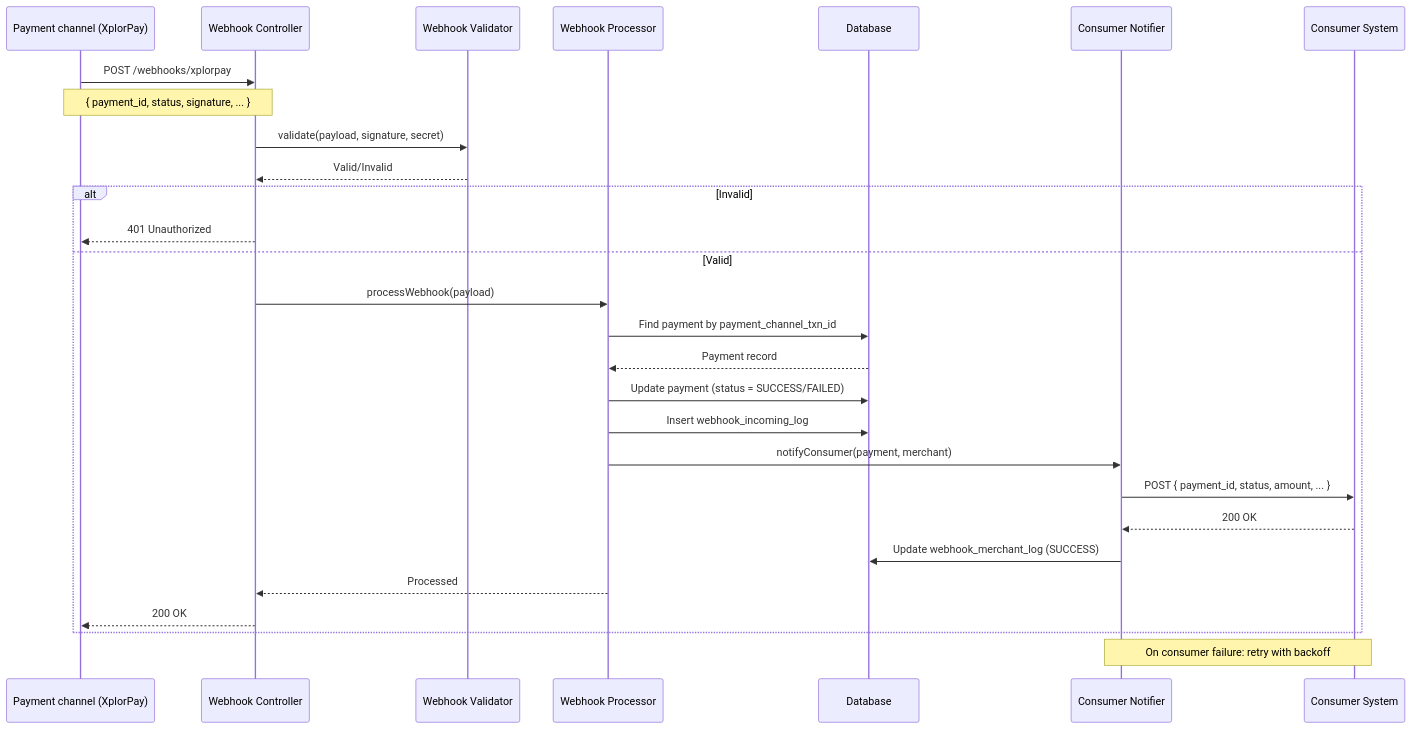
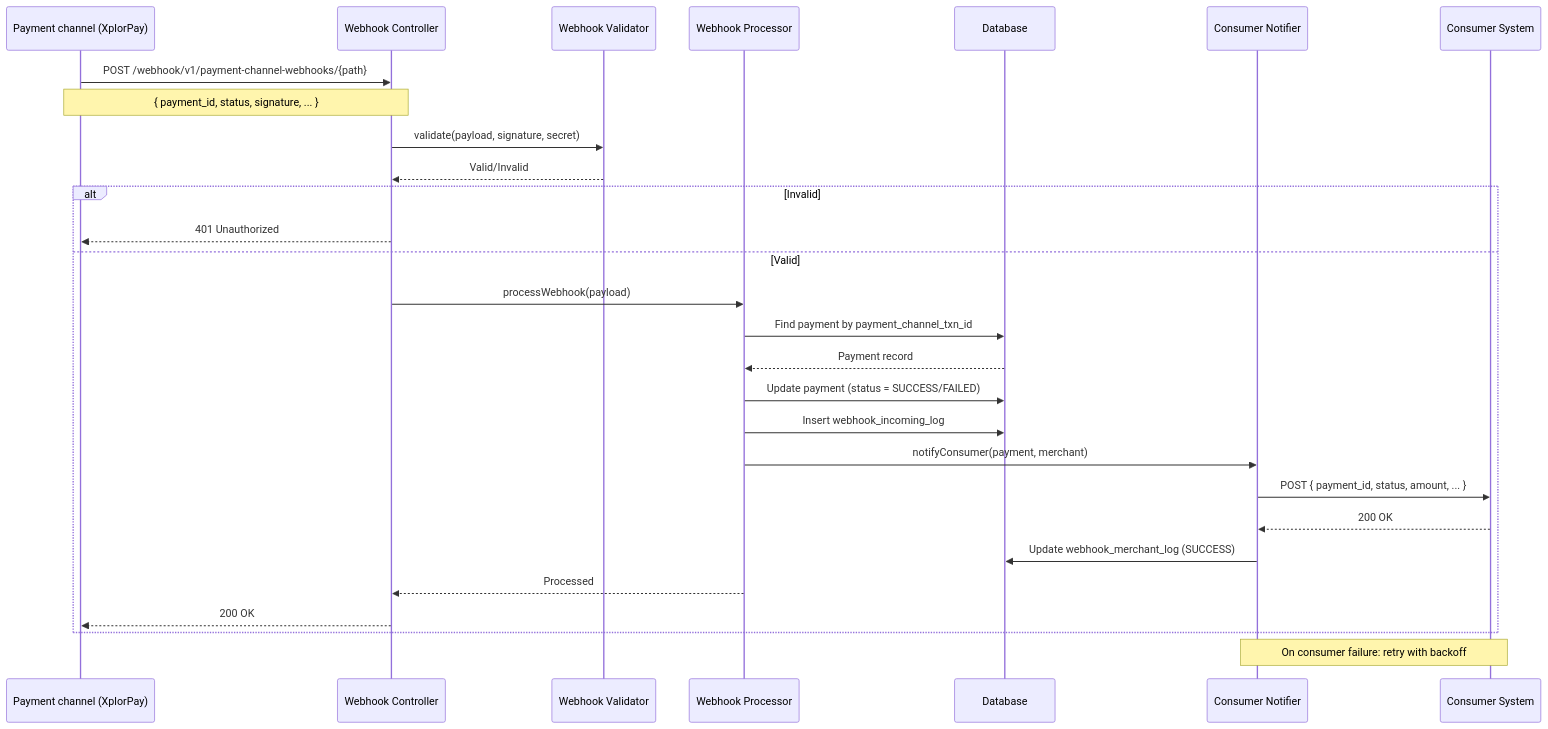
Before and after one commit to runalb/digi-payment-gateway: the second of 2 diagrams in docs/ARCHITECTURE.md, drawn with Mermaid. The commit also changed other lines of this file and 4 other files, not shown here.

````diff
--- a/docs/ARCHITECTURE.md
+++ b/docs/ARCHITECTURE.md
@@ -520,39 +534,39 @@
 ```mermaid
 sequenceDiagram
     participant Channel as Payment channel (XplorPay)
     participant Webhook as Webhook Controller
     participant Validator as Webhook Validator
     participant Processor as Webhook Processor
     participant DB as Database
     participant Notifier as Consumer Notifier
     participant Consumer as Consumer System
 
-    Channel->>Webhook: POST /webhooks/xplorpay
+    Channel->>Webhook: POST /webhook/v1/payment-channel-webhooks/{path}
     Note over Channel,Webhook: { payment_id, status, signature, ... }
 
     Webhook->>Validator: validate(payload, signature, secret)
     Validator-->>Webhook: Valid/Invalid
 
     alt Invalid
         Webhook-->>Channel: 401 Unauthorized
     else Valid
         Webhook->>Processor: processWebhook(payload)
 
         Processor->>DB: Find payment by payment_channel_txn_id
         DB-->>Processor: Payment record
 
         Processor->>DB: Update payment (status = SUCCESS/FAILED)
         Processor->>DB: Insert webhook_incoming_log
 
         Processor->>Notifier: notifyConsumer(payment, merchant)
 
         Notifier->>Consumer: POST { payment_id, status, amount, ... }
         Consumer-->>Notifier: 200 OK
 
         Notifier->>DB: Update webhook_merchant_log (SUCCESS)
         Processor-->>Webhook: Processed
         Webhook-->>Channel: 200 OK
     end
 
     Note over Notifier,Consumer: On consumer failure: retry with backoff
 ```
````
